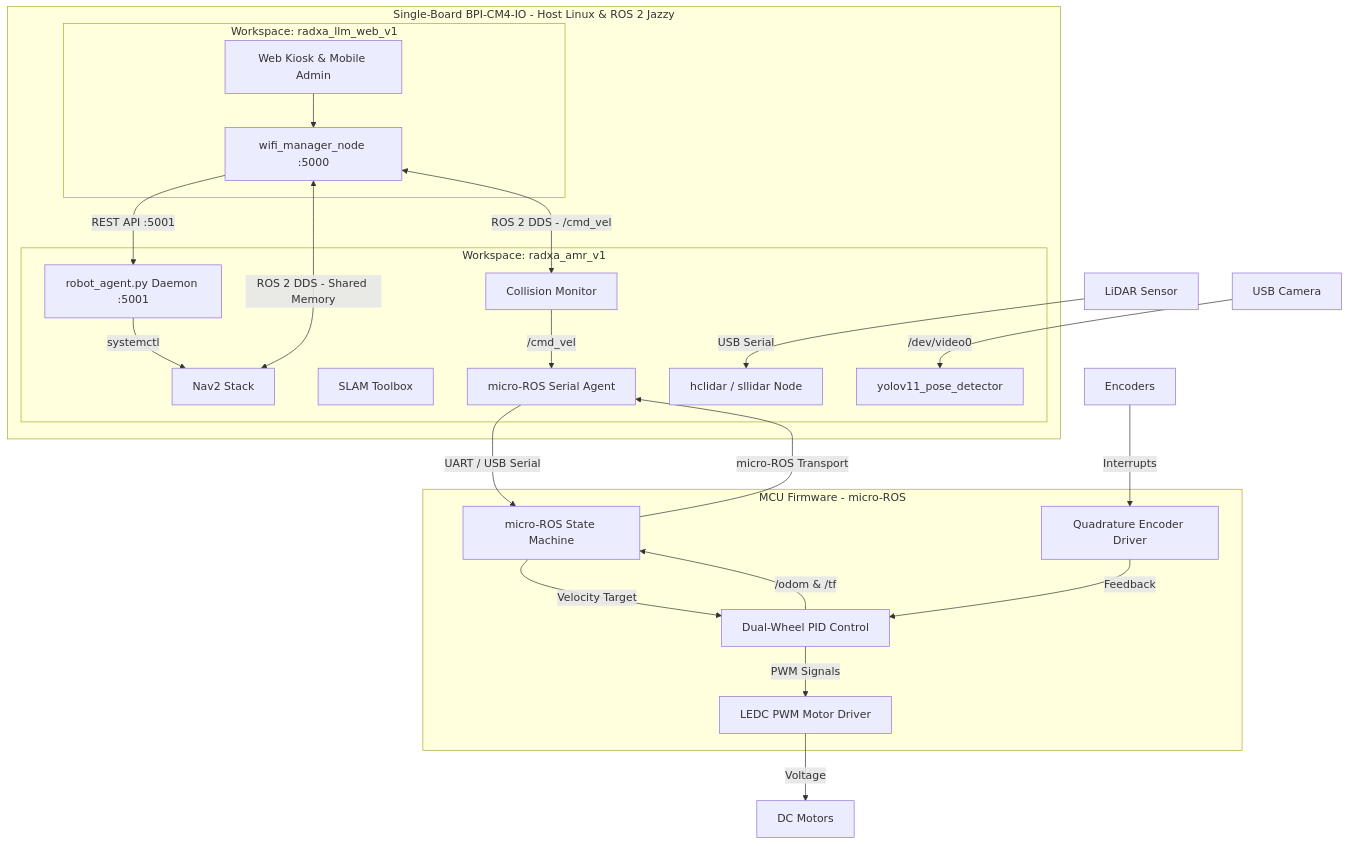
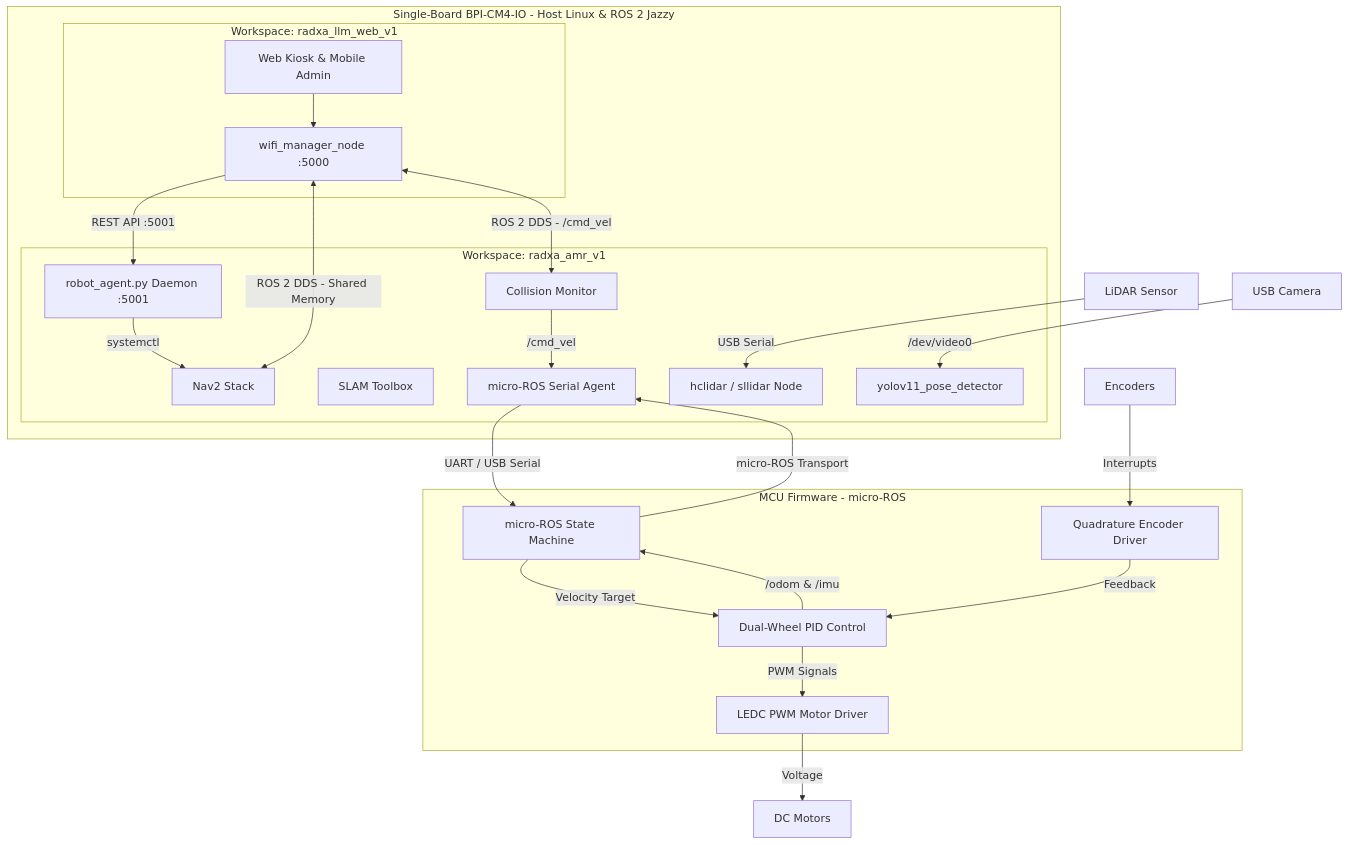
The diagram in GEMINI.md (miguelsonohara/radxa_amr_v1), drawn with Mermaid before and after one commit. The commit also changed other lines of this file and 3 other files, not shown here.

````diff
--- a/GEMINI.md
+++ b/GEMINI.md
@@ -17,44 +17,44 @@
 ```mermaid
 graph TD
     subgraph BPI-CM4-IO [Single-Board BPI-CM4-IO - Host Linux & ROS 2 Jazzy]
         subgraph WebStack [Workspace: radxa_llm_web_v1]
             WebUI[Web Kiosk & Mobile Admin]
             WebGateway[wifi_manager_node :5000]
             WebUI --> WebGateway
         end
 
         subgraph CoreStack [Workspace: radxa_amr_v1]
             RobotAgent[robot_agent.py Daemon :5001]
             Nav2[Nav2 Stack]
             SLAM[SLAM Toolbox]
             LidarDriver[hclidar / sllidar Node]
             ColMon[Collision Monitor]
             MicroAgent[micro-ROS Serial Agent]
             VisionNode[yolov11_pose_detector]
         end
 
         WebGateway -->|REST API :5001| RobotAgent
         WebGateway <-->|ROS 2 DDS - Shared Memory| Nav2
         WebGateway <-->|ROS 2 DDS - /cmd_vel| ColMon
         RobotAgent -->|systemctl| Nav2
     end
 
     subgraph ESP32-S3 [MCU Firmware - micro-ROS]
         StateM[micro-ROS State Machine]
         PID[Dual-Wheel PID Control]
         LEDC[LEDC PWM Motor Driver]
         Enc[Quadrature Encoder Driver]
     end
 
     Lidar[LiDAR Sensor] -->|USB Serial| LidarDriver
     Camera[USB Camera] -->|/dev/video0| VisionNode
     ColMon -->|/cmd_vel| MicroAgent
     MicroAgent -->|UART / USB Serial| StateM
     StateM -->|Velocity Target| PID
     PID -->|PWM Signals| LEDC
     LEDC -->|Voltage| Motors[DC Motors]
     EncT[Encoders] -->|Interrupts| Enc
     Enc -->|Feedback| PID
-    PID -->|/odom & /tf| StateM
+    PID -->|/odom & /imu| StateM
     StateM -->|micro-ROS Transport| MicroAgent
 ```
````
